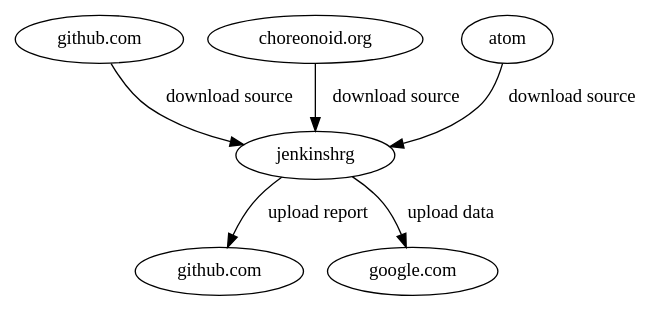
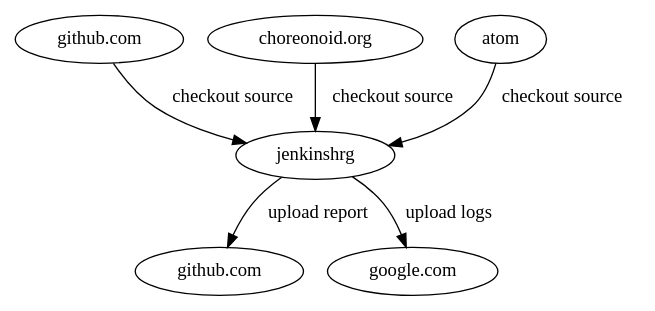
One commit to jenkinshrg/buildfarm-doc changed the diagram in overview/index.rst. Above: the diagram before and after it, drawn with Graphviz.

Commit message:
modify document

```diff
--- a/overview/index.rst
+++ b/overview/index.rst
@@ -12,15 +12,15 @@
 .. graphviz::
 
    digraph {
       source1 [label="github.com"];
       source2 [label="choreonoid.org"];
       source3 [label="atom"];
       build [label="jenkinshrg"];
       report1 [label="github.com"];
       report2 [label="google.com"];
-      source1 -> build [label="download source"];
-      source2 -> build [label="download source"];
-      source3 -> build [label="download source"];
+      source1 -> build [label="checkout source"];
+      source2 -> build [label="checkout source"];
+      source3 -> build [label="checkout source"];
       build -> report1 [label="upload report"];
-      build -> report2 [label="upload data"];
+      build -> report2 [label="upload logs"];
    }
```
